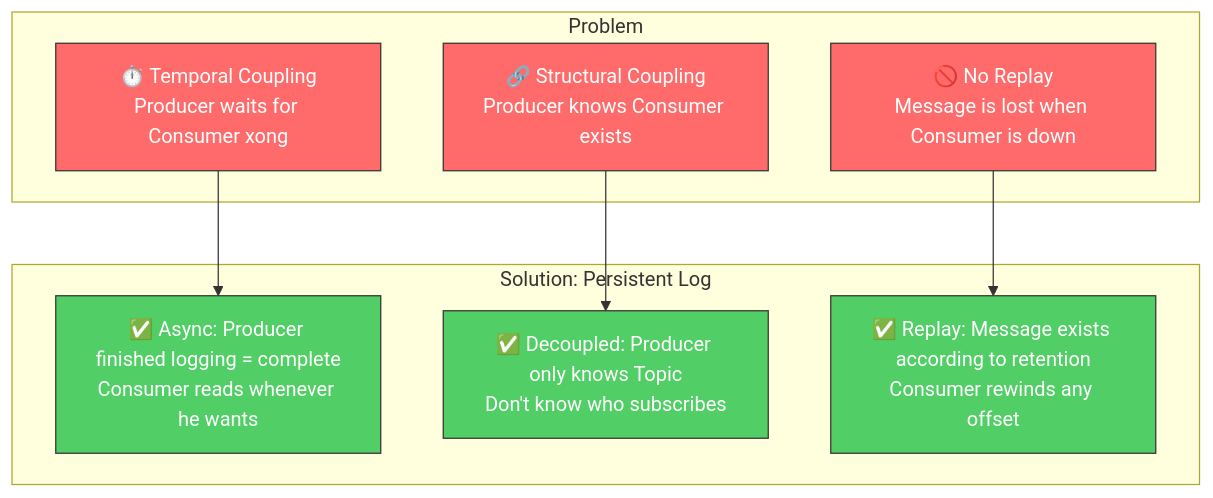
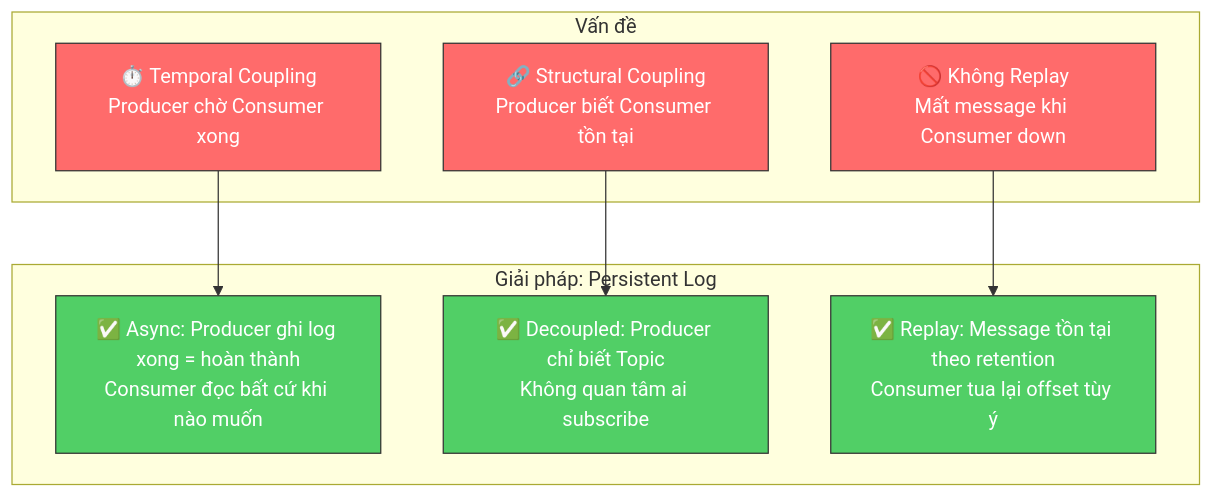
The third of 38 diagrams in docs/guides/kafka-qrtable.md (quan-vo-dinh/saas-pos-microservices-qrtable), drawn with Mermaid before and after one commit. The commit also changed other lines of this file and 62 other files, not shown here.

````diff
--- a/docs/guides/kafka-qrtable.md
+++ b/docs/guides/kafka-qrtable.md
@@ -117,25 +116,25 @@
 ```mermaid
 graph TB
-subgraph "Problem"
-P1["⏱️ Temporal Coupling<br/>Producer waits for Consumer xong"]
-P2["🔗 Structural Coupling<br/>Producer knows Consumer exists"]
-P3["🚫 No Replay<br/>Message is lost when Consumer is down"]
+subgraph "Vấn đề"
+P1["⏱️ Temporal Coupling<br/>Producer chờ Consumer xong"]
+P2["🔗 Structural Coupling<br/>Producer biết Consumer tồn tại"]
+P3["🚫 Không Replay<br/>Mất message khi Consumer down"]
     end
 
-subgraph "Solution: Persistent Log"
-S1["✅ Async: Producer finished logging = complete<br/>Consumer reads whenever he wants"]
-S2["✅ Decoupled: Producer only knows Topic<br/>Don't know who subscribes"]
-S3["✅ Replay: Message exists according to retention<br/>Consumer rewinds any offset"]
+subgraph "Giải pháp: Persistent Log"
+S1["✅ Async: Producer ghi log xong = hoàn thành<br/>Consumer đọc bất cứ khi nào muốn"]
+S2["✅ Decoupled: Producer chỉ biết Topic<br/>Không quan tâm ai subscribe"]
+S3["✅ Replay: Message tồn tại theo retention<br/>Consumer tua lại offset tùy ý"]
     end
 
     P1 --> S1
     P2 --> S2
     P3 --> S3
 
     style P1 fill:#ff6b6b,stroke:#333,color:#fff
     style P2 fill:#ff6b6b,stroke:#333,color:#fff
     style P3 fill:#ff6b6b,stroke:#333,color:#fff
     style S1 fill:#51cf66,stroke:#333,color:#fff
     style S2 fill:#51cf66,stroke:#333,color:#fff
     style S3 fill:#51cf66,stroke:#333,color:#fff
 ```
````
